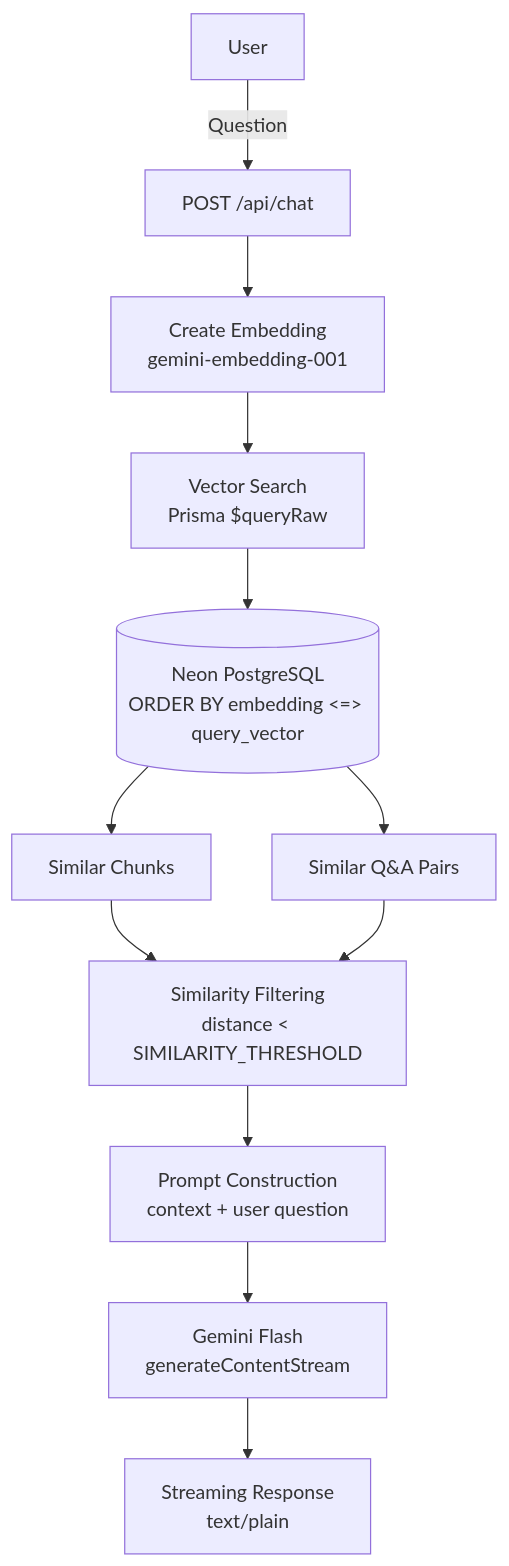
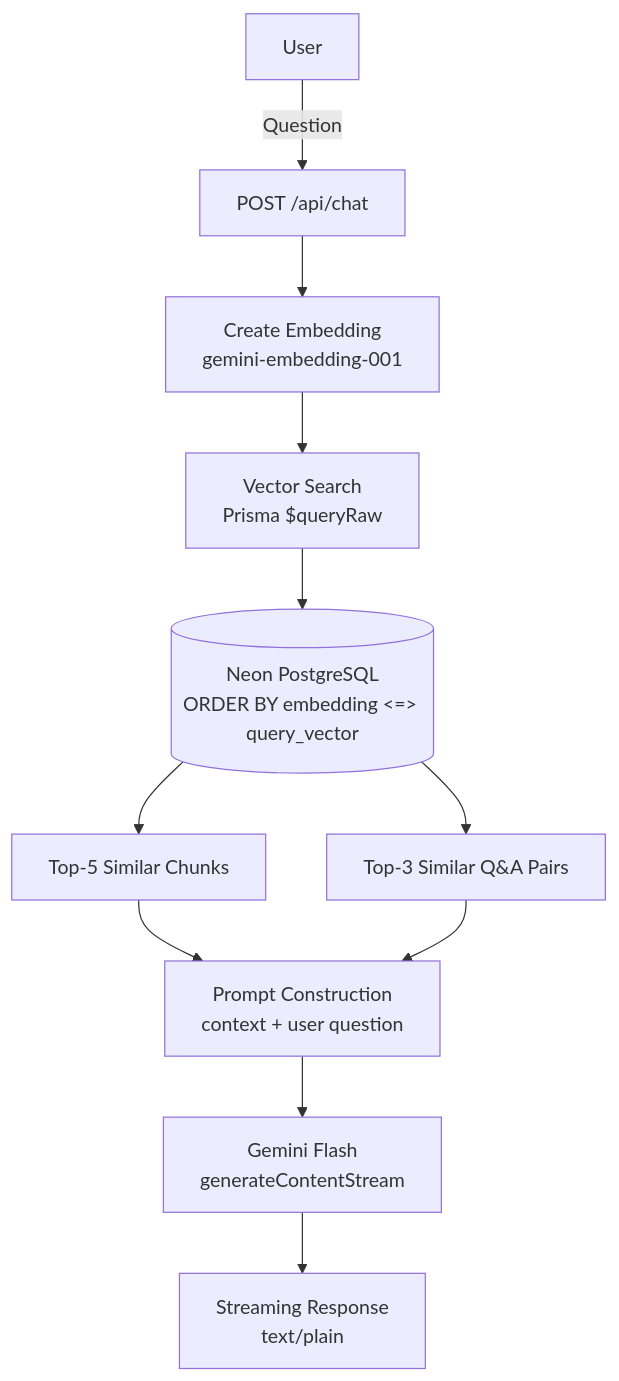
Before and after one commit to dexisback/gaspy: the second of 2 diagrams in README.md, drawn with Mermaid. The commit also changed other lines of this file and 3 other files, not shown here.

````diff
--- a/README.md
+++ b/README.md
@@ -37,14 +39,13 @@
 ```mermaid
 flowchart TD
     U[User] -->|Question| A[POST /api/chat]
     A --> B[Create Embedding<br/>gemini-embedding-001]
     B --> C[Vector Search<br/>Prisma $queryRaw]
     C --> D[(Neon PostgreSQL<br/>ORDER BY embedding <=> query_vector)]
-    D --> E[Similar Chunks]
-    D --> F[Similar Q&A Pairs]
-    E --> G[Similarity Filtering<br/>distance < SIMILARITY_THRESHOLD]
+    D --> E[Top-5 Similar Chunks]
+    D --> F[Top-3 Similar Q&A Pairs]
+    E --> G[Prompt Construction<br/>context + user question]
     F --> G
-    G --> H[Prompt Construction<br/>context + user question]
-    H --> I[Gemini Flash<br/>generateContentStream]
-    I --> J[Streaming Response<br/>text/plain]
+    G --> H[Gemini Flash<br/>generateContentStream]
+    H --> I[Streaming Response<br/>text/plain]
 ```
````
